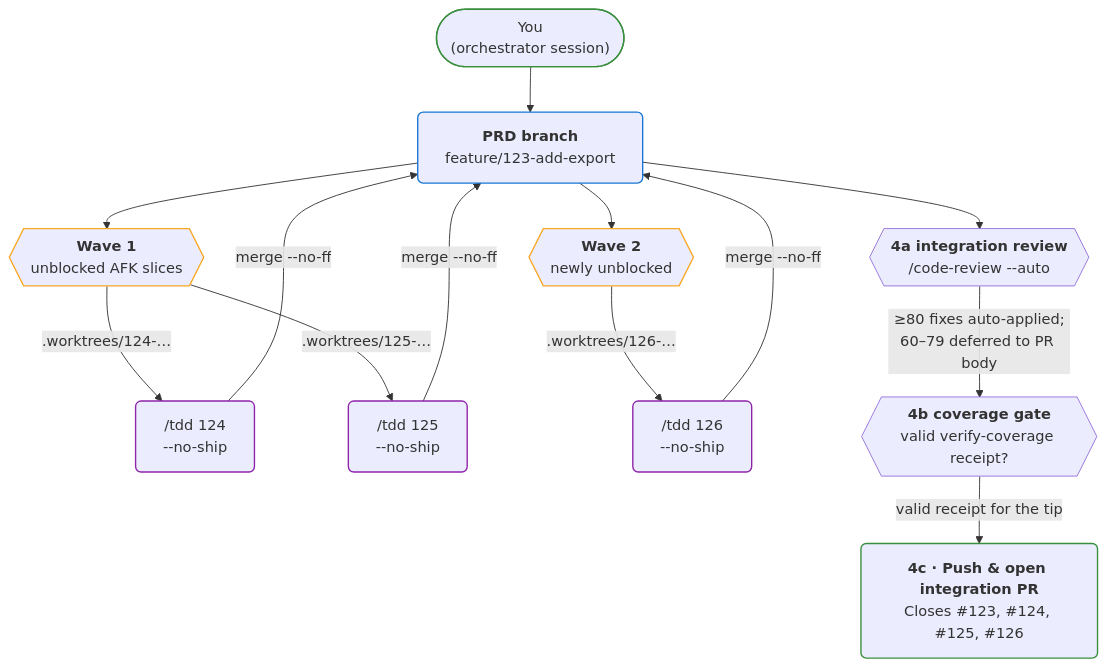
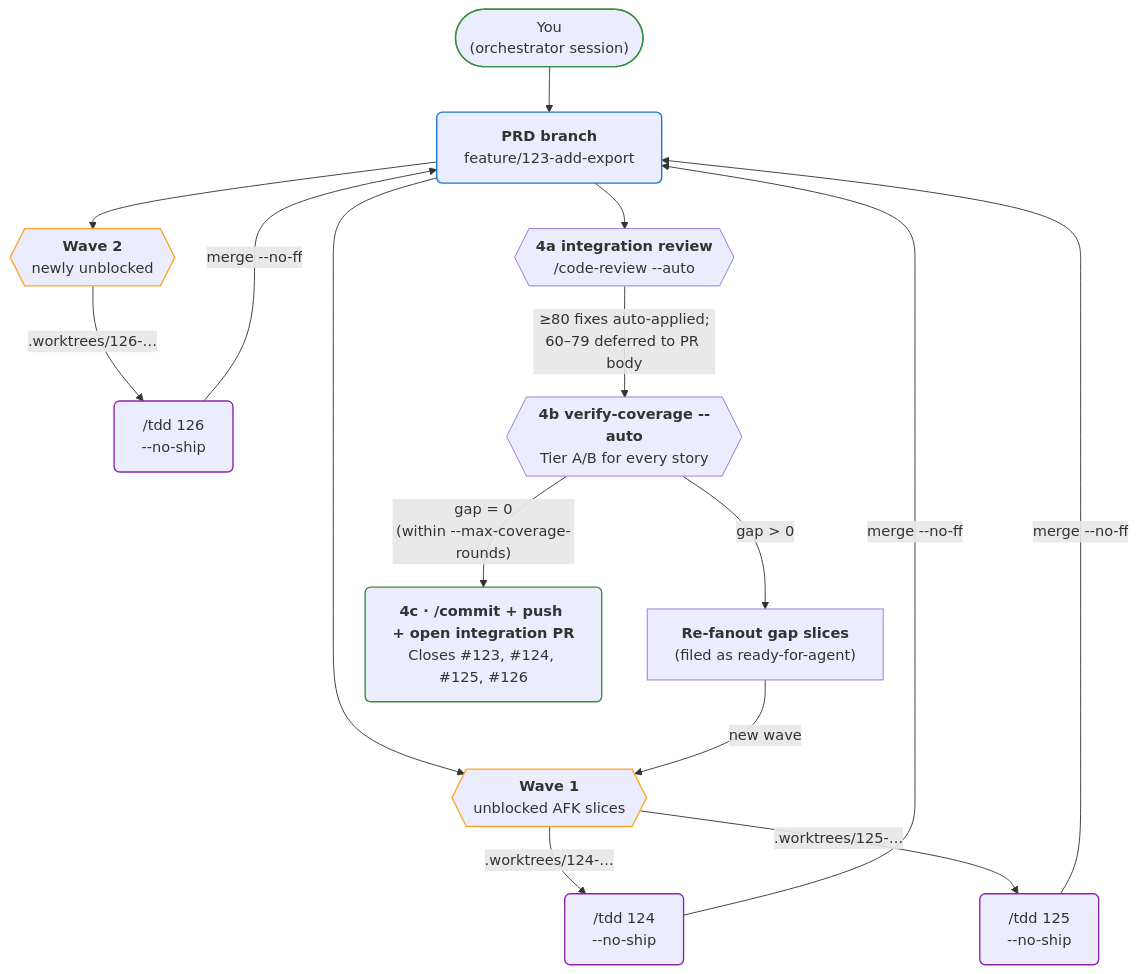
Before and after one commit to ZunoSmartLabs/zsl-superpowers: the first of 2 diagrams in docs/tdd-parallel.md, drawn with Mermaid. The commit also changed other lines of this file and 10 other files, not shown here.

````diff
--- a/docs/tdd-parallel.md
+++ b/docs/tdd-parallel.md
@@ -21,34 +21,36 @@
 ```mermaid
 flowchart TB
     user(["`You
     (orchestrator session)`"]) --> prd
     prd["`**PRD branch**
     feature/123-add-export`"] --> w1
     w1{{"`**Wave 1**
     unblocked AFK slices`"}} -->|".worktrees/124-…"| s1["`/tdd 124
     --no-ship`"]
     w1 -->|".worktrees/125-…"| s2["`/tdd 125
     --no-ship`"]
     s1 -->|"merge --no-ff"| prd
     s2 -->|"merge --no-ff"| prd
     prd --> w2{{"`**Wave 2**
     newly unblocked`"}}
     w2 -->|".worktrees/126-…"| s3["`/tdd 126
     --no-ship`"]
     s3 -->|"merge --no-ff"| prd
     prd --> review{{"`**4a integration review**
     /code-review --auto`"}}
-    review -->|"≥80 fixes auto-applied;<br/>60–79 deferred to PR body"| gate{{"`**4b coverage gate**
-    valid verify-coverage receipt?`"}}
-    gate -->|"valid receipt for the tip"| done["`**4c · Push & open integration PR**
+    review -->|"≥80 fixes auto-applied;<br/>60–79 deferred to PR body"| gate{{"`**4b verify-coverage --auto**
+    Tier A/B for every story`"}}
+    gate -->|"gap > 0"| refanout["`**Re-fanout gap slices**<br/>(filed as ready-for-agent)`"]
+    refanout -->|"new wave"| w1
+    gate -->|"gap = 0<br/>(within --max-coverage-rounds)"| done["`**4c · /commit + push + open integration PR**
     Closes #123, #124, #125, #126`"]
 
     classDef branch stroke:#1976d2,stroke-width:1.5px,rx:6,ry:6;
     classDef wave stroke:#f9a825,stroke-width:1.5px;
     classDef agent stroke:#8e24aa,stroke-width:1.5px,rx:6,ry:6;
     classDef terminal stroke:#388e3c,stroke-width:1.5px,rx:6,ry:6;
     class prd branch;
     class w1,w2 wave;
     class s1,s2,s3 agent;
     class done,user terminal;
 ```
````
